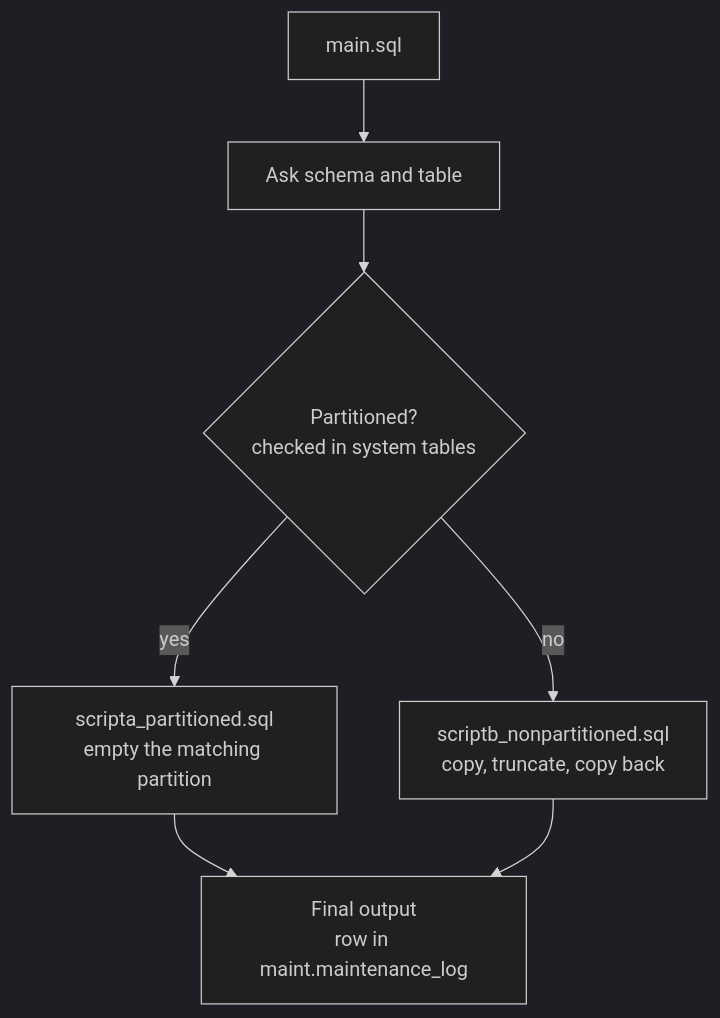
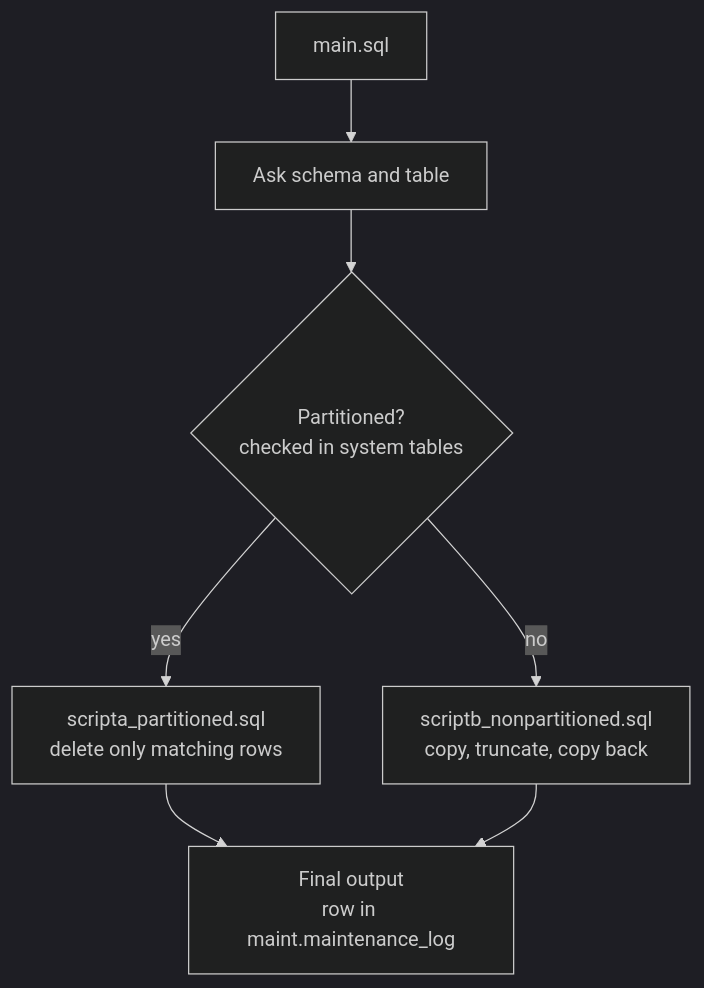
The diagram in README.md (Jauneetsingh/dm-maintenance-simple), drawn with Mermaid (dark theme) before and after one commit. The commit also changed other lines of this file and 3 other files, not shown here.

Commit message:
Partitioned tables: delete only rows matching the condition; add tests S15, S16

````diff
--- a/README.md
+++ b/README.md
@@ -11,9 +11,9 @@
 ```mermaid
 flowchart TD
     A[main.sql] --> B[Ask schema and table]
     B --> C{Partitioned?<br/>checked in system tables}
-    C -- yes --> D[scripta_partitioned.sql<br/>empty the matching partition]
+    C -- yes --> D[scripta_partitioned.sql<br/>delete only matching rows]
     C -- no --> E[scriptb_nonpartitioned.sql<br/>copy, truncate, copy back]
     D --> F[Final output<br/>row in maint.maintenance_log]
     E --> F
 ```
````
